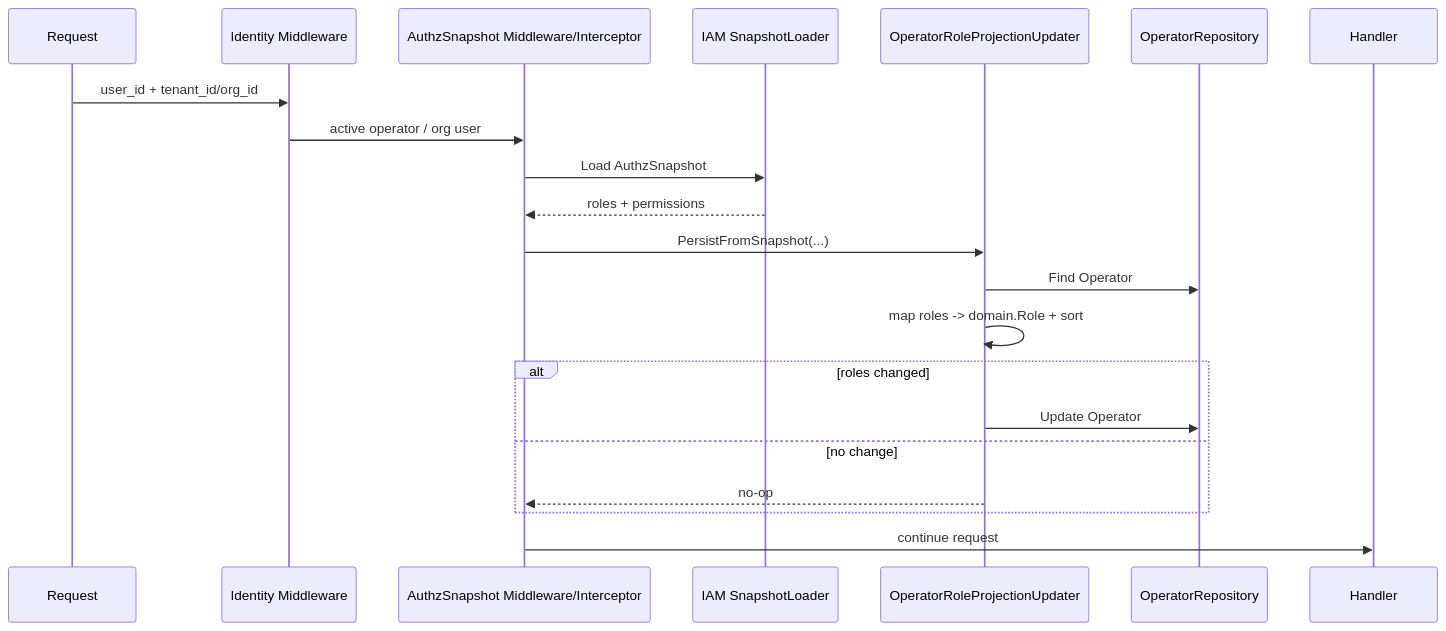
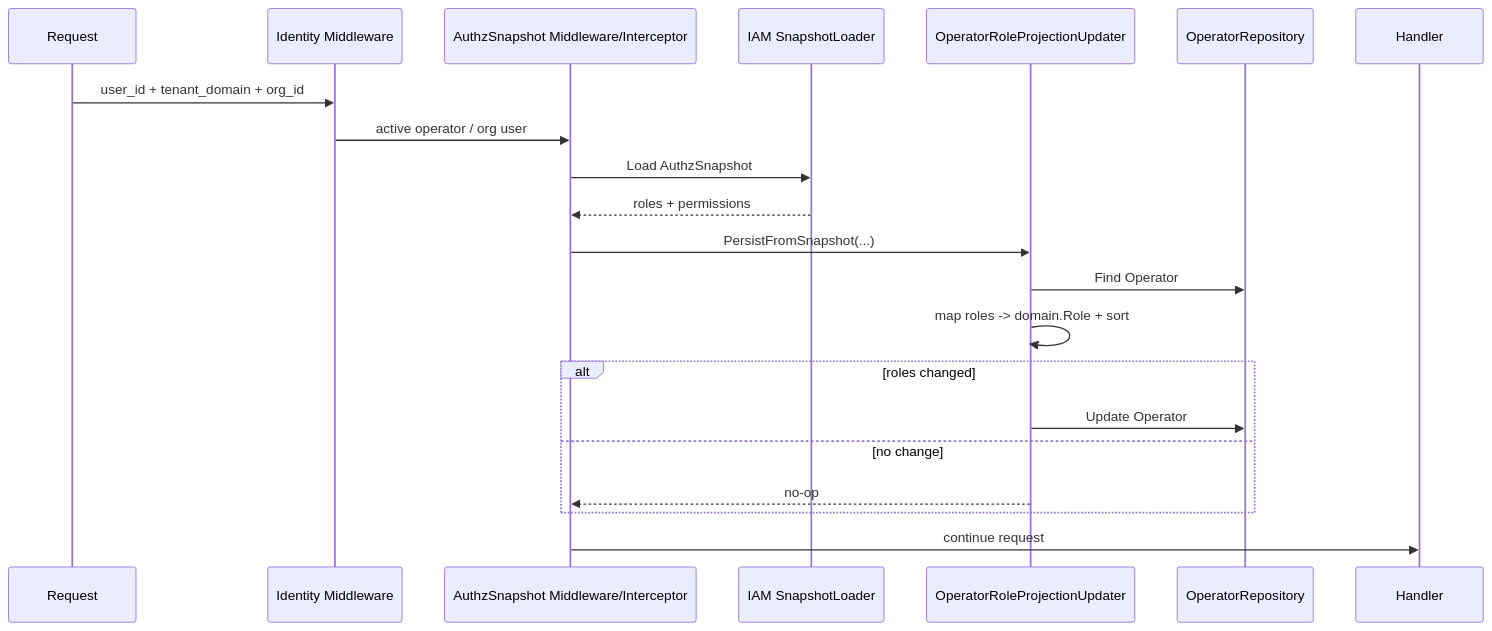
The diagram in docs/03-基础设施/security/04-OperatorRoleProjection.md (FangcunMount/qs-server), drawn with Mermaid before and after one commit. The commit also changed other lines of this file and 30 other files, not shown here.

Commit message:
doc  security 文档语义迁移，将 组合、组织模型统一为 TenantDomain + OrgID / OrgScope 模型，清理运行时、接口运维、专题分析、宣讲文档里的旧 TenantScope、旧 middleware、numeric org 等残留说法。

````diff
--- a/docs/03-基础设施/security/04-OperatorRoleProjection.md
+++ b/docs/03-基础设施/security/04-OperatorRoleProjection.md
@@ -58,24 +60,24 @@
 ```mermaid
 sequenceDiagram
     participant Req as Request
     participant Identity as Identity Middleware
     participant Snapshot as AuthzSnapshot Middleware/Interceptor
     participant IAM as IAM SnapshotLoader
     participant Updater as OperatorRoleProjectionUpdater
     participant Repo as OperatorRepository
     participant Handler as Handler
 
-    Req->>Identity: user_id + tenant_id/org_id
+    Req->>Identity: user_id + tenant_domain + org_id
     Identity->>Snapshot: active operator / org user
     Snapshot->>IAM: Load AuthzSnapshot
     IAM-->>Snapshot: roles + permissions
     Snapshot->>Updater: PersistFromSnapshot(...)
     Updater->>Repo: Find Operator
     Updater->>Updater: map roles -> domain.Role + sort
     alt roles changed
         Updater->>Repo: Update Operator
     else no change
         Updater-->>Snapshot: no-op
     end
     Snapshot->>Handler: continue request
 ```
````
